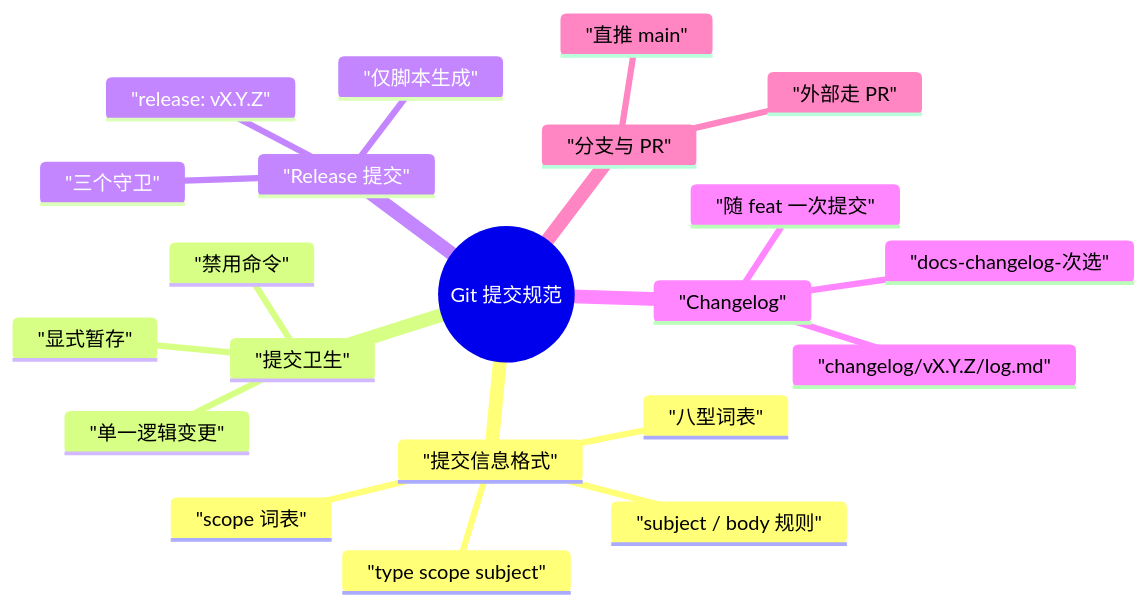
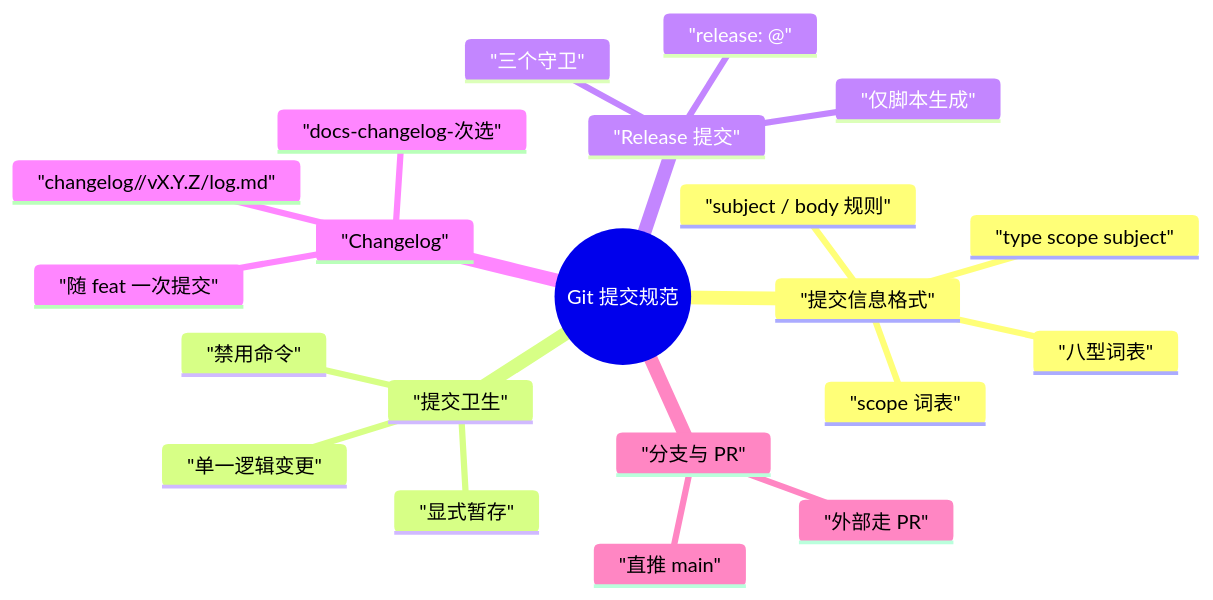
One commit to yceachan/ea-pi-extensions changed the diagram in docs/git提交规范.md. Above: the diagram before and after it, drawn with Mermaid. The commit also changed other lines of this file and 4 other files, not shown here.

````diff
--- a/docs/git提交规范.md
+++ b/docs/git提交规范.md
@@ -13,24 +13,24 @@
 ```mermaid
 mindmap
   root((Git 提交规范))
     "提交信息格式"
       "type scope subject"
       "八型词表"
       "scope 词表"
       "subject / body 规则"
     "提交卫生"
       "单一逻辑变更"
       "显式暂存"
       "禁用命令"
     "Release 提交"
       "仅脚本生成"
-      "release: vX.Y.Z"
+      "release: <pkg>@<ver>"
       "三个守卫"
     "Changelog"
-      "changelog/vX.Y.Z/log.md"
+      "changelog/<pkg>/vX.Y.Z/log.md"
       "随 feat 一次提交"
       "docs-changelog-次选"
     "分支与 PR"
       "直推 main"
       "外部走 PR"
 ```
````
